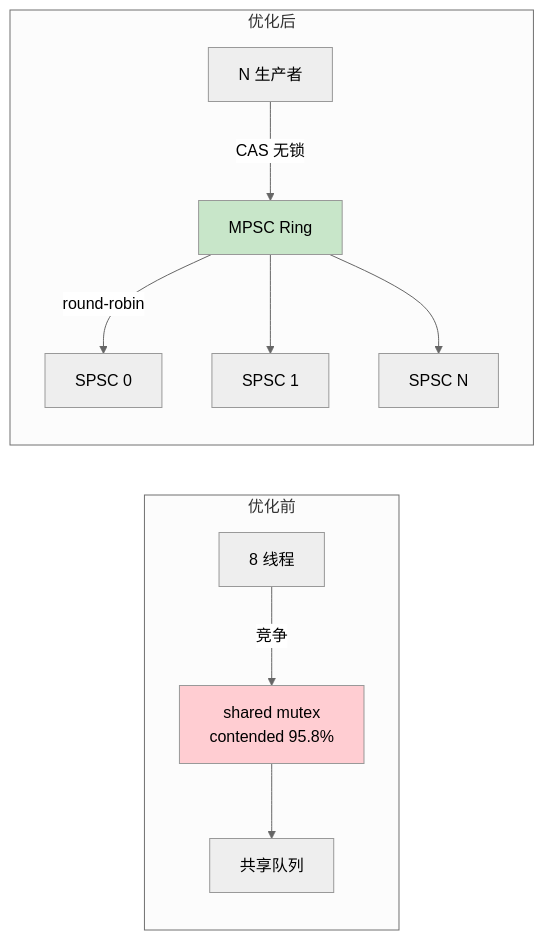
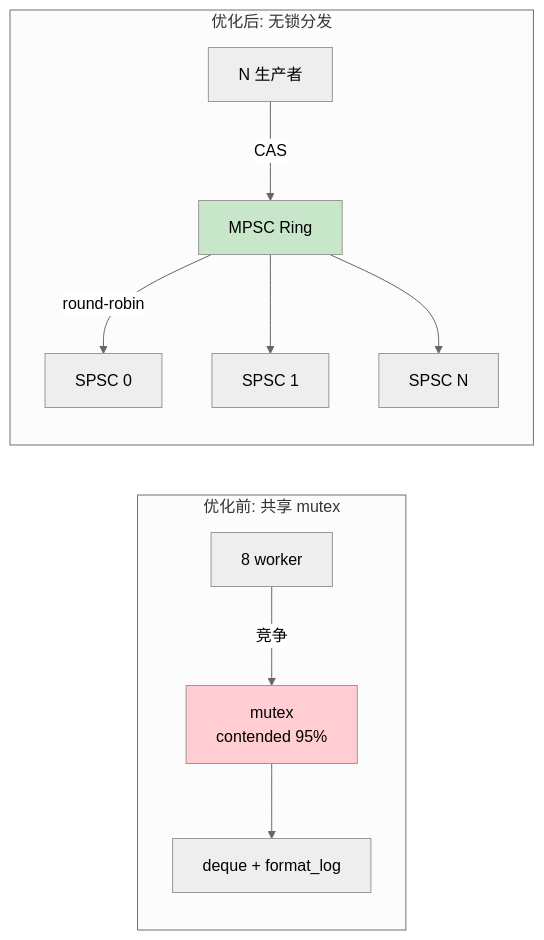
Before and after one commit to DeguiLiu/tech-notes: the second of 2 diagrams in content/posts/blog/perf_lock_contention_diagnosis.md, drawn with Mermaid (neutral theme). The commit also changed other lines of this file, not shown here.

````diff
--- a/content/posts/blog/perf_lock_contention_diagnosis.md
+++ b/content/posts/blog/perf_lock_contention_diagnosis.md
@@ -715,17 +366,17 @@
 ```mermaid
 graph LR
-    subgraph 优化前
-        A1[8 线程] -->|竞争| B1[shared mutex<br/>contended 95.8%]
-        B1 --> C1[共享队列]
+    subgraph "优化前: 共享 mutex"
+        A1[8 worker] -->|竞争| B1[mutex<br/>contended 95%]
+        B1 --> C1[deque + format_log]
     end
 
-    subgraph 优化后
-        A2[N 生产者] -->|CAS 无锁| B2[MPSC Ring]
+    subgraph "优化后: 无锁分发"
+        A2[N 生产者] -->|CAS| B2[MPSC Ring]
         B2 -->|round-robin| C2[SPSC 0]
         B2 --> C3[SPSC 1]
         B2 --> C4[SPSC N]
     end
 
     style B1 fill:#ffcdd2
     style B2 fill:#c8e6c9
 ```
````
